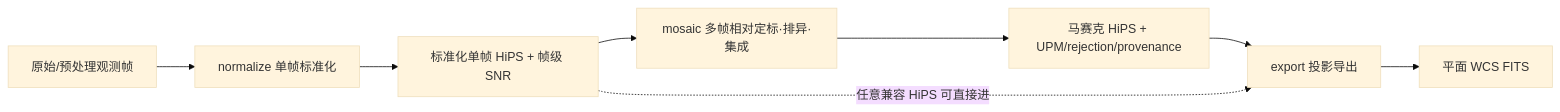
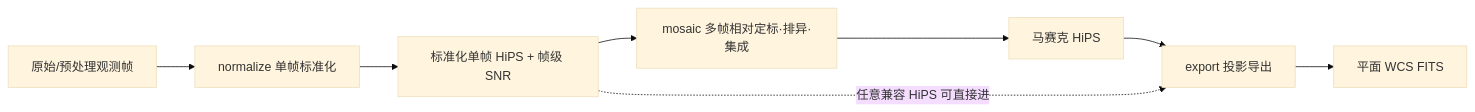
Before and after one commit to fujiaze/Astro-CS-Database: the second of 11 diagrams in ASTROCS_DESIGN.md, drawn with Mermaid (base theme). The commit also changed other lines of this file and 4 other files, not shown here.

````diff
--- a/ASTROCS_DESIGN.md
+++ b/ASTROCS_DESIGN.md
@@ -61,10 +64,10 @@
 ```mermaid
 flowchart LR
     RAW["原始/预处理观测帧"] --> N["normalize 单帧标准化"]
     N --> H1["标准化单帧 HiPS + 帧级 SNR"]
     H1 --> M["mosaic 多帧相对定标·排异·集成"]
-    M --> H2["马赛克 HiPS + UPM/rejection/provenance"]
+    M --> H2["马赛克 HiPS"]
     H2 --> X["export 投影导出"]
     X --> F["平面 WCS FITS"]
     H1 -.任意兼容 HiPS 可直接进.-> X
 ```
````
